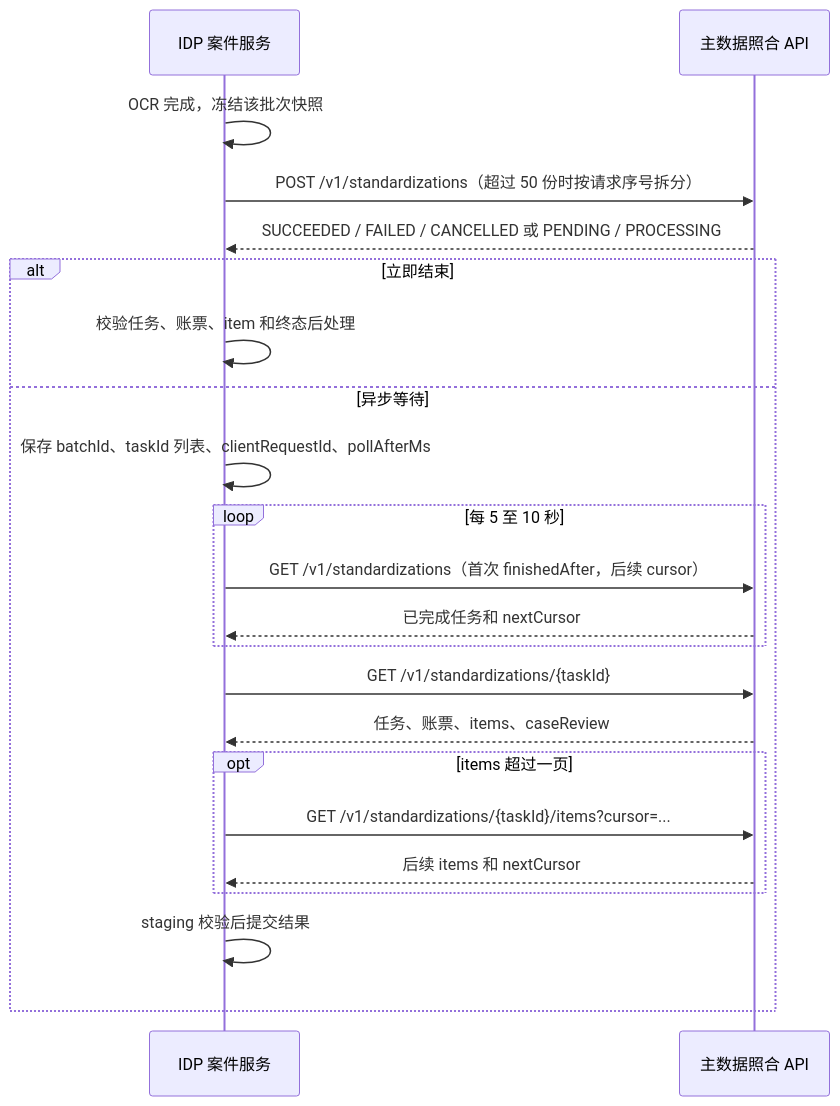
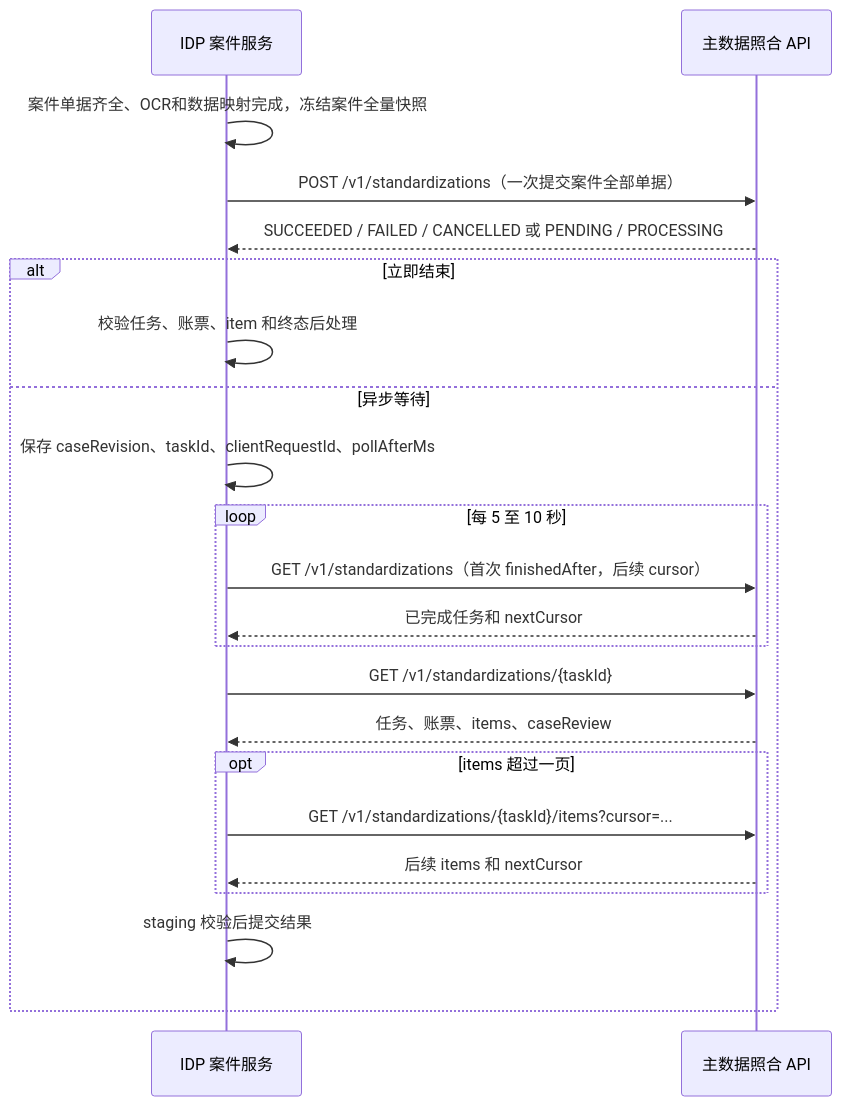
Before and after one commit to aruirage/IDP-Ph4-Master-Demo-PRD: the second of 4 diagrams in 主数据API/主数据照合API_接口字段字典与调用流程.md, drawn with Mermaid. The commit also changed other lines of this file and 281 other files, not shown here.

````diff
--- a/主数据API/主数据照合API_接口字段字典与调用流程.md
+++ b/主数据API/主数据照合API_接口字段字典与调用流程.md
@@ -124,24 +124,24 @@
 ```mermaid
 sequenceDiagram
     participant IDP as IDP 案件服务
     participant API as 主数据照合 API
-    IDP->>IDP: OCR 完成，冻结该批次快照
-    IDP->>API: POST /v1/standardizations（超过 50 份时按请求序号拆分）
+    IDP->>IDP: 案件单据齐全、OCR和数据映射完成，冻结案件全量快照
+    IDP->>API: POST /v1/standardizations（一次提交案件全部单据）
     API-->>IDP: SUCCEEDED / FAILED / CANCELLED 或 PENDING / PROCESSING
     alt 立即结束
         IDP->>IDP: 校验任务、账票、item 和终态后处理
     else 异步等待
-        IDP->>IDP: 保存 batchId、taskId 列表、clientRequestId、pollAfterMs
+        IDP->>IDP: 保存 caseRevision、taskId、clientRequestId、pollAfterMs
         loop 每 5 至 10 秒
             IDP->>API: GET /v1/standardizations（首次 finishedAfter，后续 cursor）
             API-->>IDP: 已完成任务和 nextCursor
         end
         IDP->>API: GET /v1/standardizations/{taskId}
         API-->>IDP: 任务、账票、items、caseReview
         opt items 超过一页
             IDP->>API: GET /v1/standardizations/{taskId}/items?cursor=...
             API-->>IDP: 后续 items 和 nextCursor
         end
         IDP->>IDP: staging 校验后提交结果
     end
 ```
````
